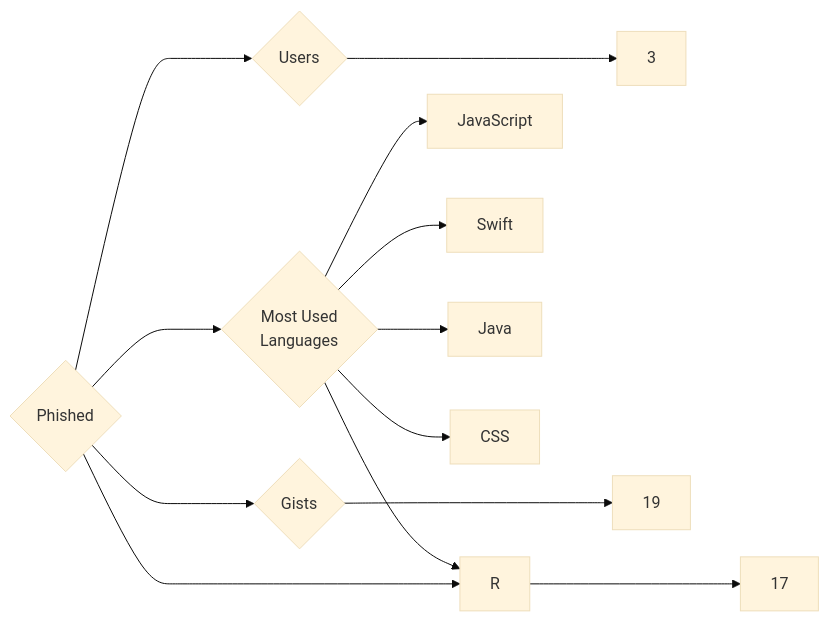
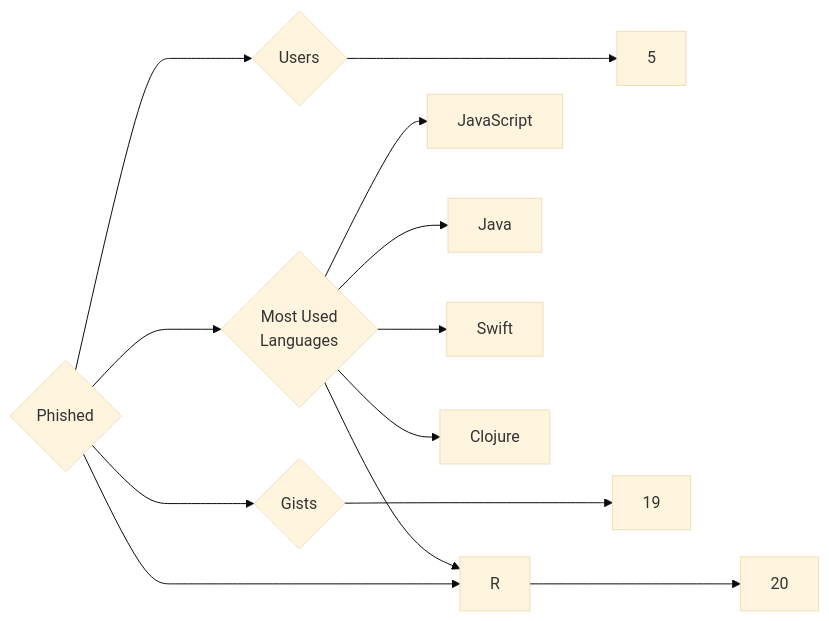
Before and after one commit to trickest/insiders: the diagram in targets/Phished/README.md, drawn with Mermaid (base theme). The commit also changed 1011 other files, not shown here.

````diff
--- a/targets/Phished/README.md
+++ b/targets/Phished/README.md
@@ -3,13 +3,13 @@
 ```mermaid
 graph LR
 COMPANY_NAME{Phished}
-COMPANY_NAME ---> U{Users} ---> UN[3]
-COMPANY_NAME ---> R{Repositories} ---> RN[17]
+COMPANY_NAME ---> U{Users} ---> UN[5]
+COMPANY_NAME ---> R{Repositories} ---> RN[20]
 COMPANY_NAME ---> G{Gists} ---> GN[19]
 COMPANY_NAME ---> ML{Most Used<br>Languages}
 ML --> JavaScript[JavaScript]
 ML --> R[R]
+ML --> Java[Java]
 ML --> Swift[Swift]
-ML --> Java[Java]
-ML --> CSS[CSS]
+ML --> Clojure[Clojure]
 ```
````
